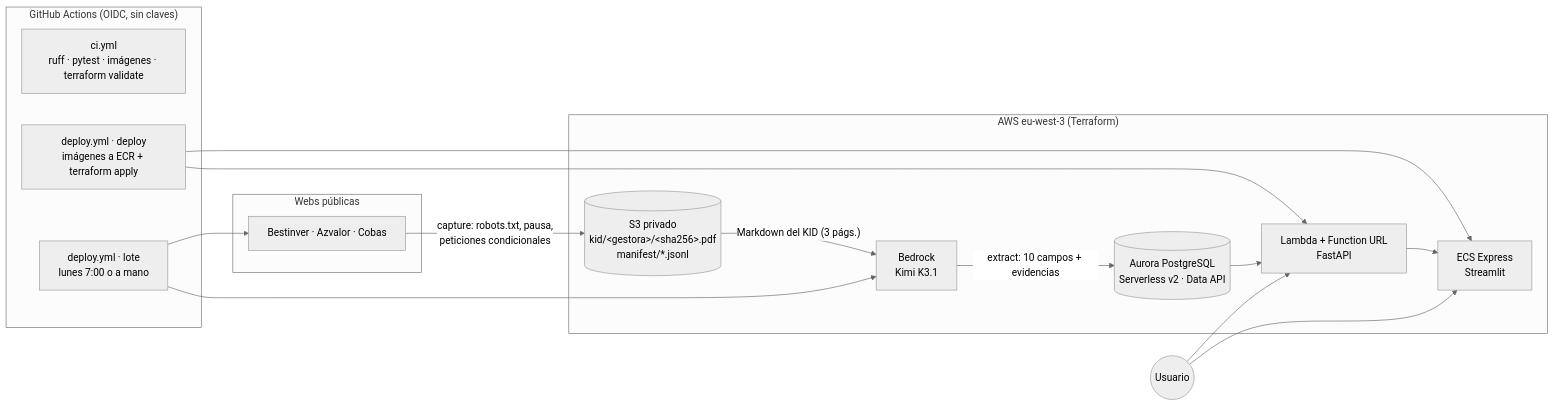
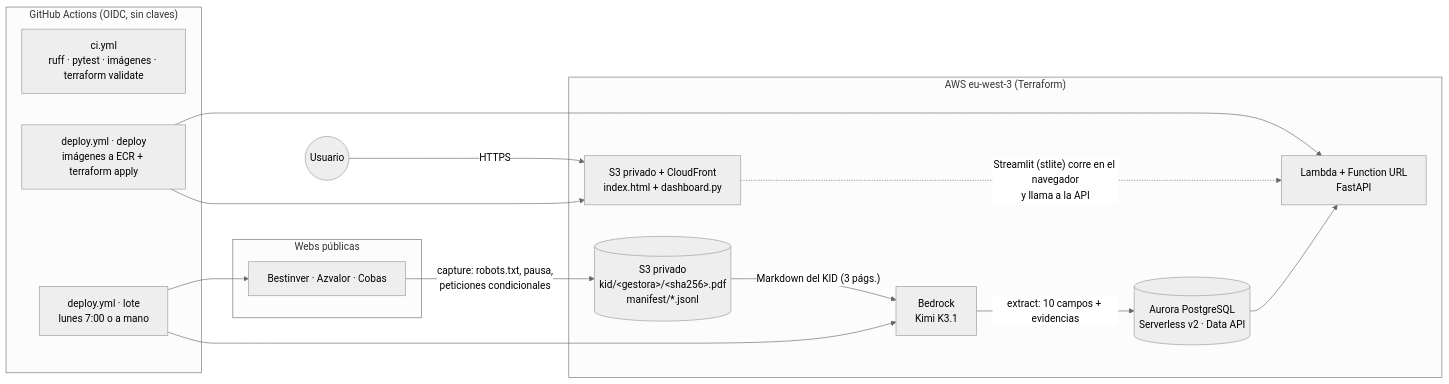
The diagram in README.md (Romequinco/fund-kid-pipeline-aws), drawn with Mermaid (neutral theme) before and after one commit. The commit also changed other lines of this file and 9 other files, not shown here.

First line of the commit message:
Aplicación a ~0 $: Streamlit en el navegador (stlite) en S3 + CloudFront; ECS Express queda como alternativa apagada

````diff
--- a/README.md
+++ b/README.md
@@ -89,27 +89,27 @@
 ```mermaid
 flowchart LR
     subgraph web["Webs públicas"]
         G["Bestinver · Azvalor · Cobas"]
     end
     subgraph gha["GitHub Actions (OIDC, sin claves)"]
         CI["ci.yml<br>ruff · pytest · imágenes · terraform validate"]
         DEP["deploy.yml · deploy<br>imágenes a ECR + terraform apply"]
         LOTE["deploy.yml · lote<br>lunes 7:00 o a mano"]
     end
     subgraph aws["AWS eu-west-3 (Terraform)"]
         S3[("S3 privado<br>kid/&lt;gestora&gt;/&lt;sha256&gt;.pdf<br>manifest/*.jsonl")]
         BR["Bedrock<br>Kimi K3.1"]
         DB[("Aurora PostgreSQL<br>Serverless v2 · Data API")]
         API["Lambda + Function URL<br>FastAPI"]
-        APP["ECS Express<br>Streamlit"]
+        WEB["S3 privado + CloudFront<br>index.html + dashboard.py"]
     end
     G -- "capture: robots.txt, pausa,<br>peticiones condicionales" --> S3
     S3 -- "Markdown del KID (3 págs.)" --> BR
     BR -- "extract: 10 campos + evidencias" --> DB
     LOTE --> G
     LOTE --> BR
-    DEP --> API & APP
-    DB --> API --> APP
-    U(("Usuario")) --> APP
-    U --> API
+    DEP --> API & WEB
+    DB --> API
+    U(("Usuario")) -- "HTTPS" --> WEB
+    WEB -. "Streamlit (stlite) corre en el navegador<br>y llama a la API" .-> API
 ```
````
